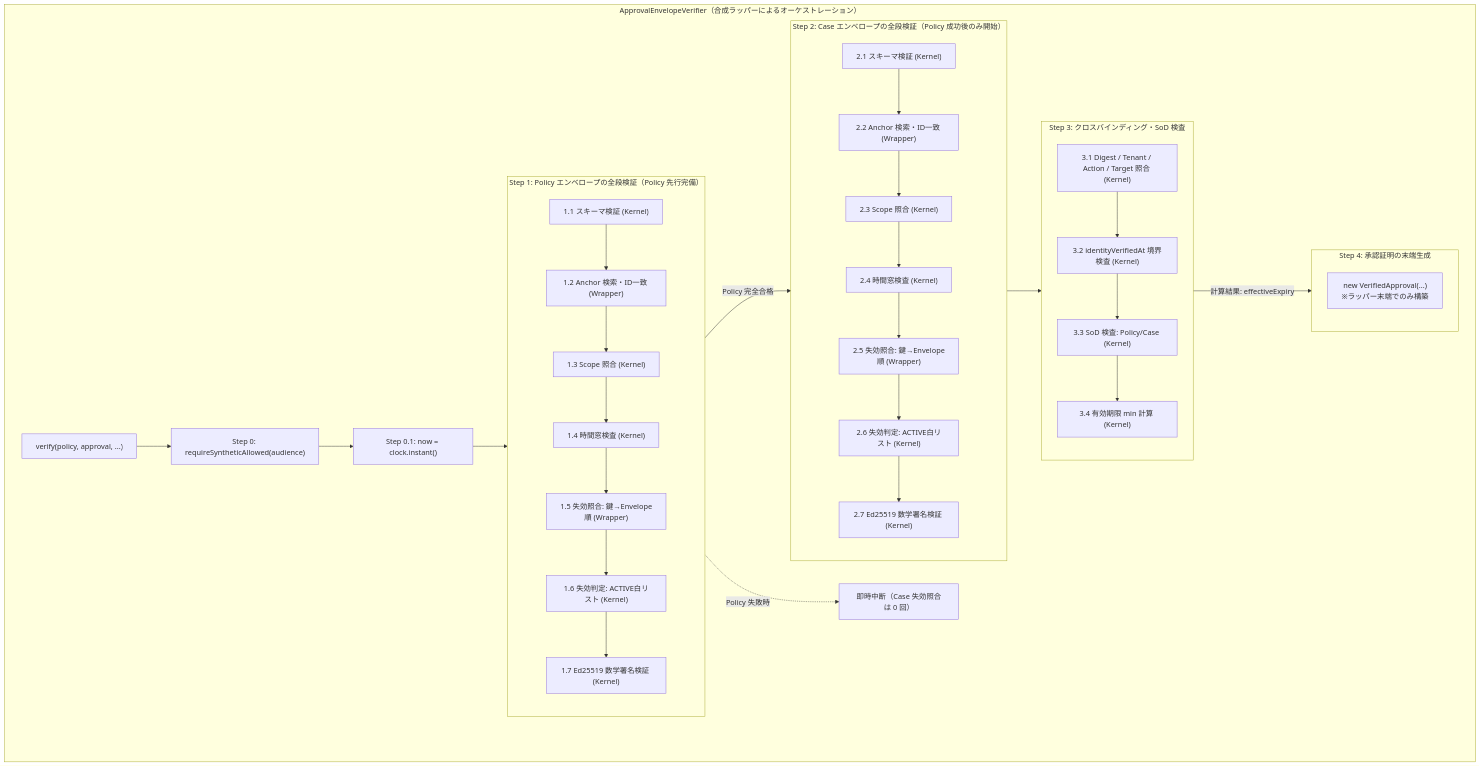
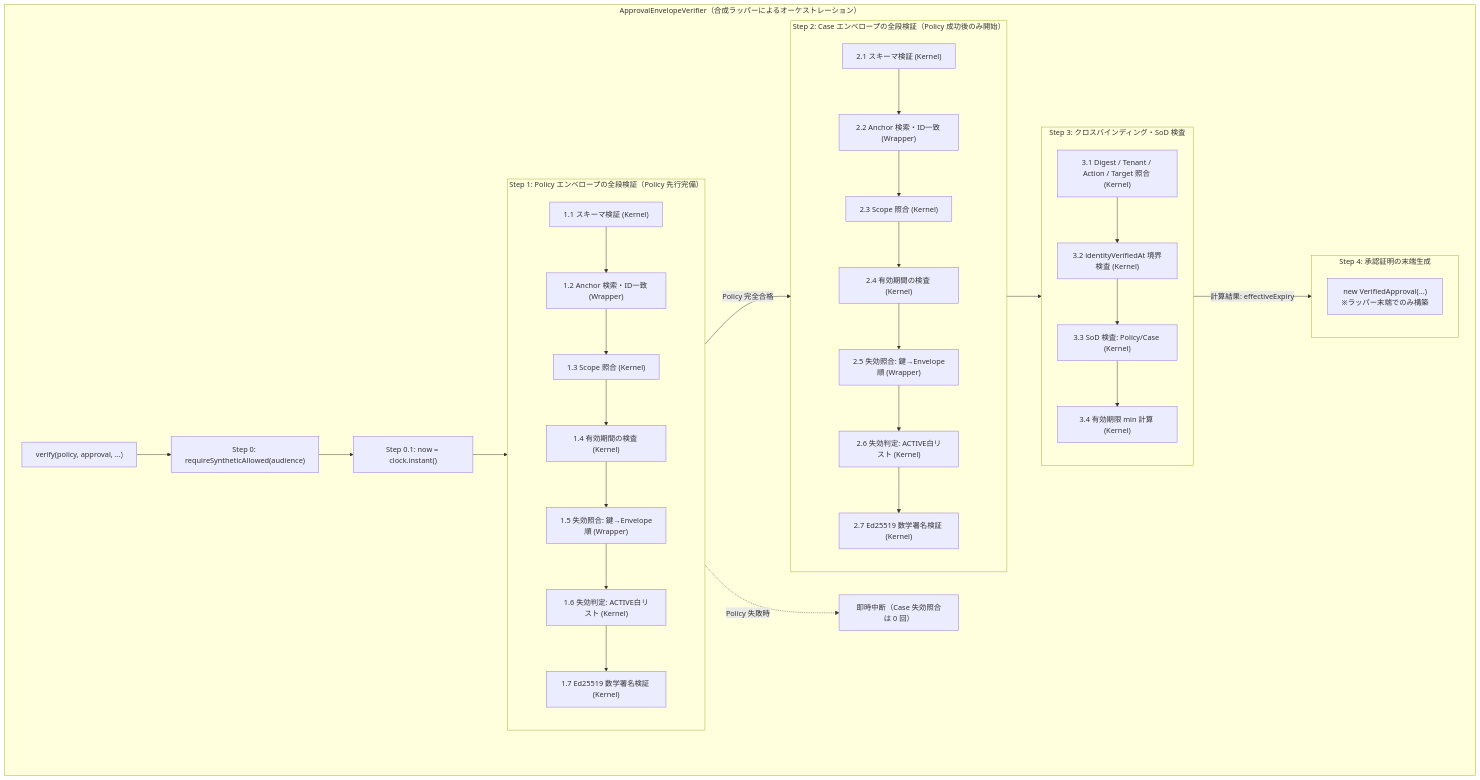
Before and after one commit to satoshi2024/ses-manager-pro: the first of 2 diagrams in .kiro/specs/privacy-retention-dsar/pure-policy-verification-kernel-plan.md, drawn with Mermaid. The commit also changed other lines of this file and 299 other files, not shown here.

````diff
--- a/.kiro/specs/privacy-retention-dsar/pure-policy-verification-kernel-plan.md
+++ b/.kiro/specs/privacy-retention-dsar/pure-policy-verification-kernel-plan.md
@@ -27,45 +27,45 @@
 ```mermaid
 flowchart TD
     subgraph WrapperFlow["ApprovalEnvelopeVerifier（合成ラッパーによるオーケストレーション）"]
         START["verify(policy, approval, ...)"] --> G0["Step 0: requireSyntheticAllowed(audience)"]
         G0 --> G_CLK["Step 0.1: now = clock.instant()"]
 
         subgraph PolicyStage["Step 1: Policy エンベロープの全段検証（Policy 先行完備）"]
             P1["1.1 スキーマ検証 (Kernel)"] --> P2["1.2 Anchor 検索・ID一致 (Wrapper)"]
             P2 --> P3["1.3 Scope 照合 (Kernel)"]
-            P3 --> P4["1.4 時間窓検査 (Kernel)"]
+            P3 --> P4["1.4 有効期間の検査 (Kernel)"]
             P4 --> P5["1.5 失効照合: 鍵→Envelope順 (Wrapper)"]
             P5 --> P6["1.6 失効判定: ACTIVE白リスト (Kernel)"]
             P6 --> P7["1.7 Ed25519 数学署名検証 (Kernel)"]
         end
 
         G_CLK --> PolicyStage
 
         subgraph CaseStage["Step 2: Case エンベロープの全段検証（Policy 成功後のみ開始）"]
             C1["2.1 スキーマ検証 (Kernel)"] --> C2["2.2 Anchor 検索・ID一致 (Wrapper)"]
             C2 --> C3["2.3 Scope 照合 (Kernel)"]
-            C3 --> C4["2.4 時間窓検査 (Kernel)"]
+            C3 --> C4["2.4 有効期間の検査 (Kernel)"]
             C4 --> C5["2.5 失効照合: 鍵→Envelope順 (Wrapper)"]
             C5 --> C6["2.6 失効判定: ACTIVE白リスト (Kernel)"]
             C6 --> C7["2.7 Ed25519 数学署名検証 (Kernel)"]
         end
 
         PolicyStage -->|Policy 完全合格| CaseStage
         PolicyStage -.->|Policy 失敗時| FAIL_P["即時中断（Case 失効照合は 0 回）"]
 
         subgraph BindingStage["Step 3: クロスバインディング・SoD 検査"]
             B1["3.1 Digest / Tenant / Action / Target 照合 (Kernel)"]
             B1 --> B2["3.2 identityVerifiedAt 境界検査 (Kernel)"]
             B2 --> B3["3.3 SoD 検査: Policy/Case (Kernel)"]
             B3 --> B4["3.4 有効期限 min 計算 (Kernel)"]
         end
 
         CaseStage --> BindingStage
 
         subgraph ProofConstruct["Step 4: 承認証明の末端生成"]
             VA["new VerifiedApproval(...)\n※ラッパー末端でのみ構築"]
         end
 
         BindingStage -->|計算結果: effectiveExpiry| ProofConstruct
     end
 ```
````
